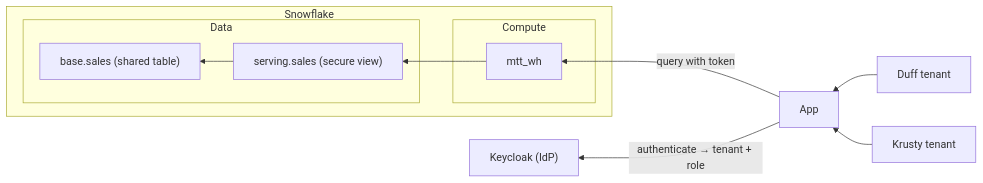
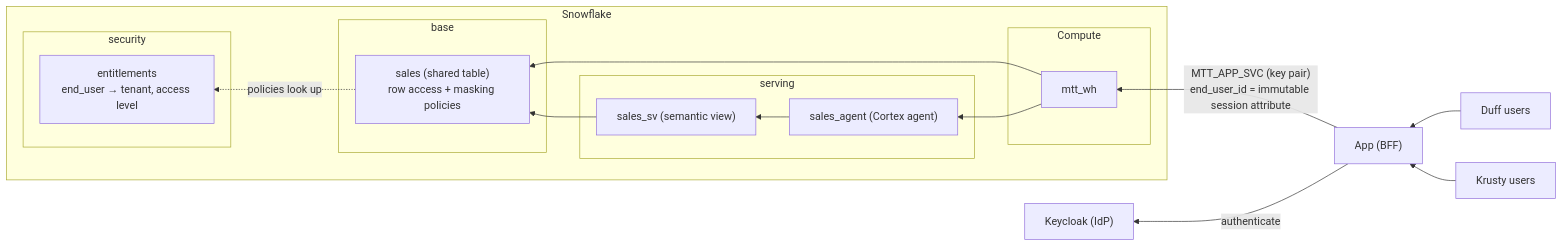
One commit to sfc-gh-rdominguez/snowflake-mutlitenant-patterns changed the diagram in mtt/docs/00_WALKTHROUGH.md. Above: the diagram before and after it, drawn with Mermaid. The commit also changed other lines of this file and 52 other files, not shown here.

````diff
--- a/mtt/docs/00_WALKTHROUGH.md
+++ b/mtt/docs/00_WALKTHROUGH.md
@@ -10,18 +19,26 @@
 ```mermaid
 flowchart RL
-    duff["Duff tenant"] --> app
-    krusty["Krusty tenant"] --> app
-    app["App"] -->|"authenticate → tenant + role"| idp["Keycloak (IdP)"]
-    app -->|"query with token"| mtt-wh
+    duff["Duff users"] --> app
+    krusty["Krusty users"] --> app
+    app["App (BFF)"] -->|"authenticate"| idp["Keycloak (IdP)"]
+    app -->|"MTT_APP_SVC (key pair)<br/>end_user_id = immutable session attribute"| wh
 
     subgraph snowflake["Snowflake"]
         subgraph compute["Compute"]
-            mtt-wh["mtt_wh"]
+            wh["mtt_wh"]
         end
-        subgraph data["Data"]
-            view["serving.sales (secure view)"] --> sales["base.sales (shared table)"]
+        subgraph serving["serving"]
+            agent["sales_agent (Cortex agent)"] --> sv["sales_sv (semantic view)"]
         end
-
-            mtt-wh --> view
+        subgraph data["base"]
+            sales["sales (shared table)<br/>row access + masking policies"]
+        end
+        subgraph security["security"]
+            ent["entitlements<br/>end_user → tenant, access level"]
+        end
+        wh --> agent
+        wh --> sales
+        sv --> sales
+        sales -. "policies look up" .-> ent
     end
 ```
````
